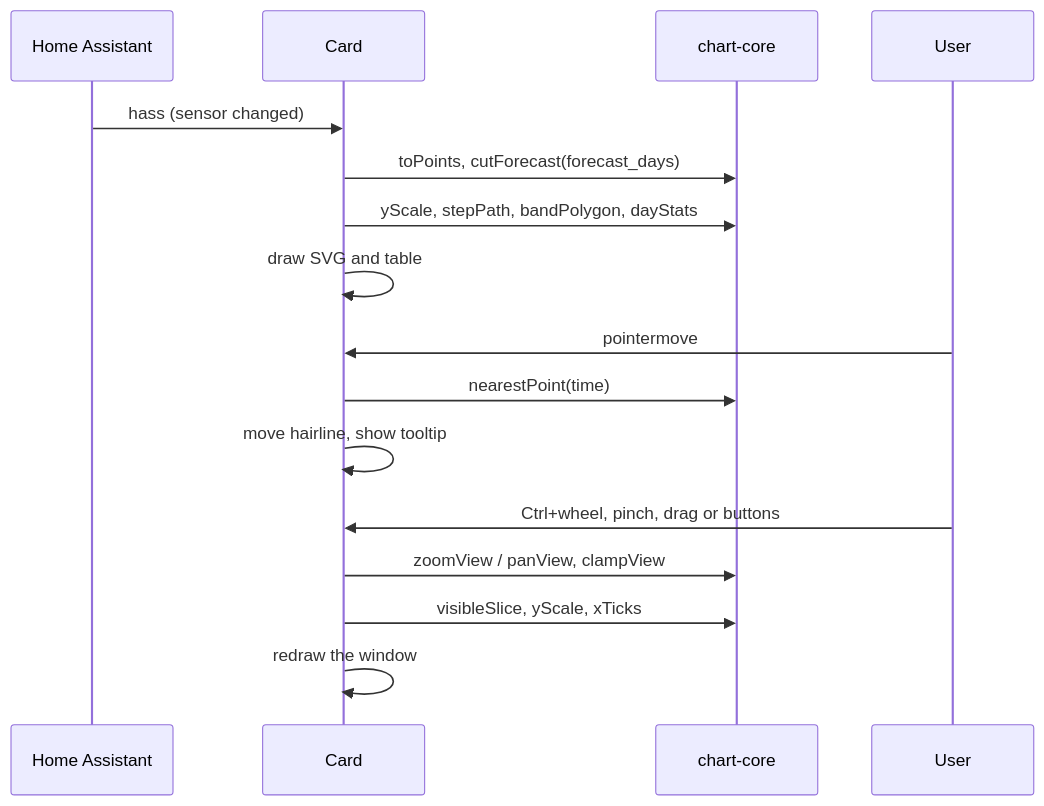
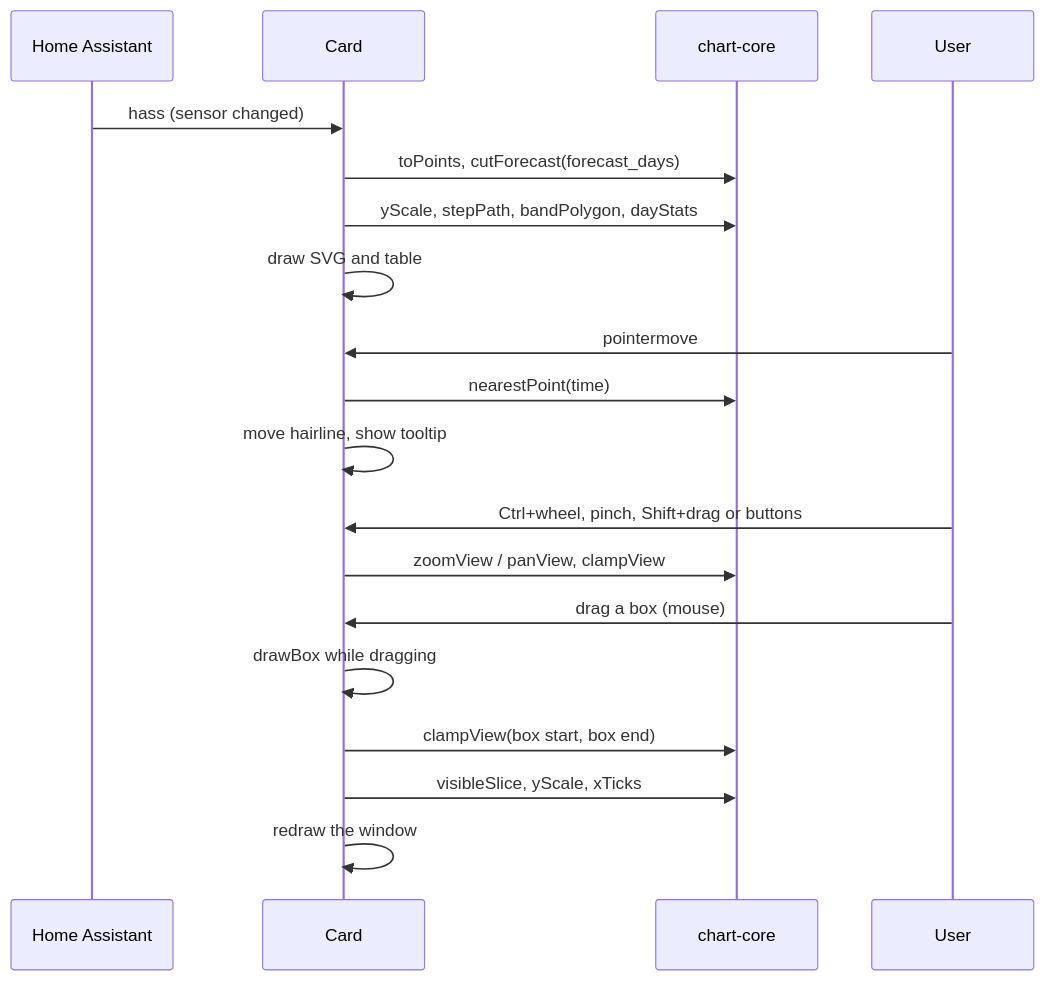
The fifth of 5 diagrams in docs/architecture.md (abroeders/7day-ahead-price-forecast), drawn with Mermaid before and after one commit. The commit also changed other lines of this file and 7 other files, not shown here.

First line of the commit message:
feat(card): zoom with a drawn box, fix mouse drag and the forecast days field (#11)

````diff
--- a/docs/architecture.md
+++ b/docs/architecture.md
@@ -178,18 +182,21 @@
 ```mermaid
 sequenceDiagram
   participant HA as Home Assistant
   participant Card
   participant Core as chart-core
   participant U as User
   HA->>Card: hass (sensor changed)
   Card->>Core: toPoints, cutForecast(forecast_days)
   Card->>Core: yScale, stepPath, bandPolygon, dayStats
   Card->>Card: draw SVG and table
   U->>Card: pointermove
   Card->>Core: nearestPoint(time)
   Card->>Card: move hairline, show tooltip
-  U->>Card: Ctrl+wheel, pinch, drag or buttons
+  U->>Card: Ctrl+wheel, pinch, Shift+drag or buttons
   Card->>Core: zoomView / panView, clampView
+  U->>Card: drag a box (mouse)
+  Card->>Card: drawBox while dragging
+  Card->>Core: clampView(box start, box end)
   Card->>Core: visibleSlice, yScale, xTicks
   Card->>Card: redraw the window
 ```
````
